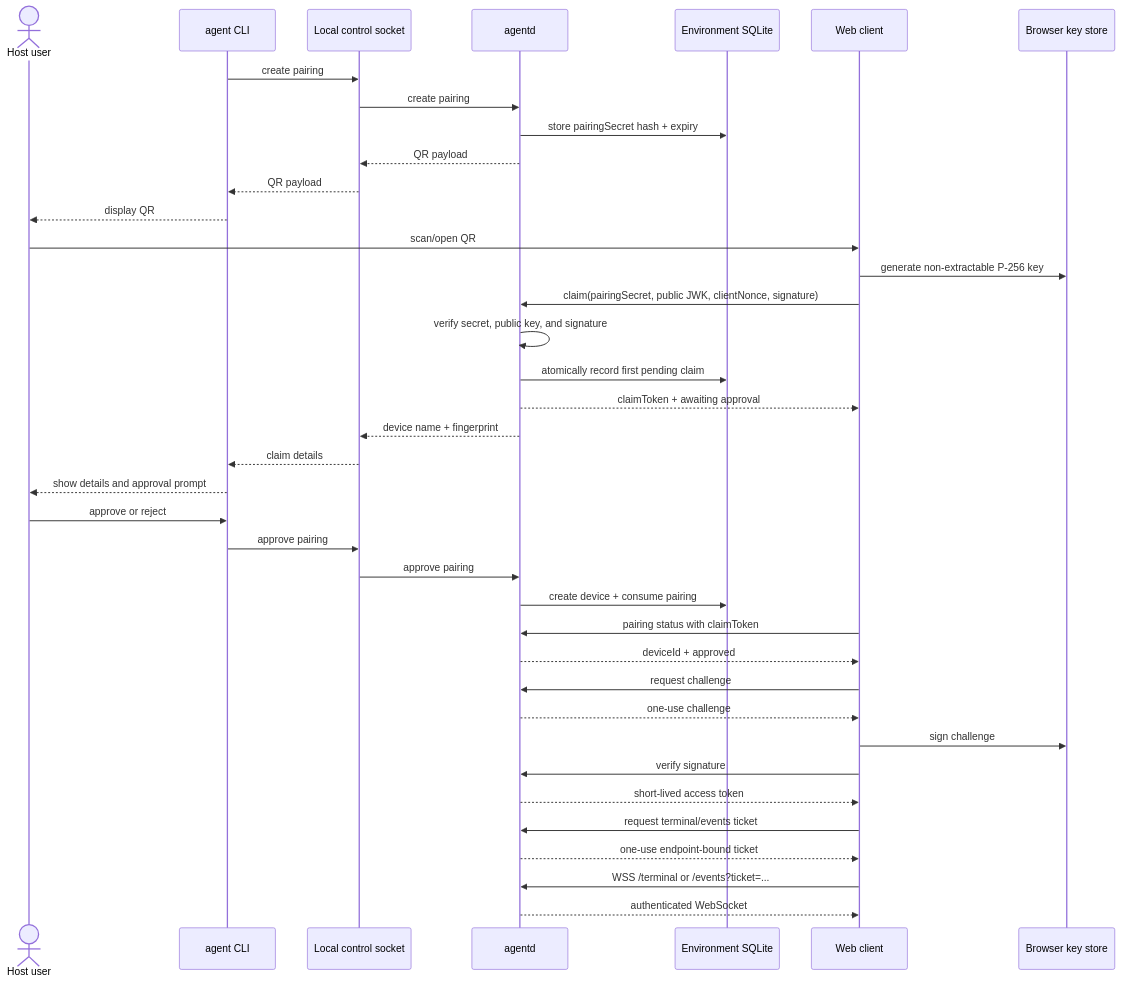
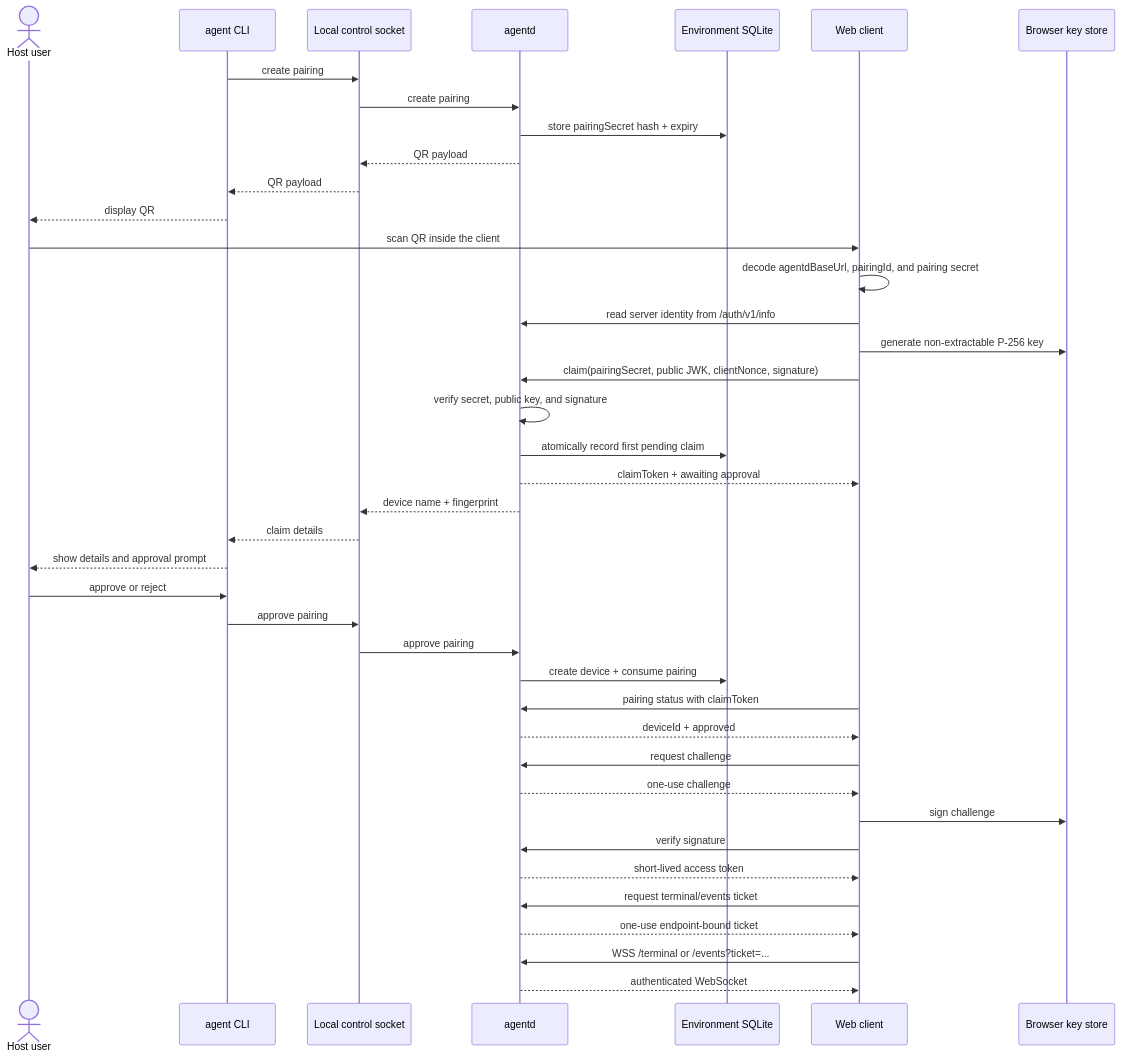
One commit to yoshizawa56/mobile-agent changed the diagram in docs/qr-pairing-authentication.md. Above: the diagram before and after it, drawn with Mermaid. The commit also changed other lines of this file and 59 other files, not shown here.

````diff
--- a/docs/qr-pairing-authentication.md
+++ b/docs/qr-pairing-authentication.md
@@ -153,44 +151,46 @@
 ```mermaid
 sequenceDiagram
     actor User as Host user
     participant CLI as agent CLI
     participant Control as Local control socket
     participant A as agentd
     participant DB as Environment SQLite
     participant W as Web client
     participant K as Browser key store
 
     CLI->>Control: create pairing
     Control->>A: create pairing
     A->>DB: store pairingSecret hash + expiry
     A-->>Control: QR payload
     Control-->>CLI: QR payload
     CLI-->>User: display QR
 
-    User->>W: scan/open QR
+    User->>W: scan QR inside the client
+    W->>W: decode agentdBaseUrl, pairingId, and pairing secret
+    W->>A: read server identity from /auth/v1/info
     W->>K: generate non-extractable P-256 key
     W->>A: claim(pairingSecret, public JWK, clientNonce, signature)
     A->>A: verify secret, public key, and signature
     A->>DB: atomically record first pending claim
     A-->>W: claimToken + awaiting approval
     A-->>Control: device name + fingerprint
     Control-->>CLI: claim details
     CLI-->>User: show details and approval prompt
     User->>CLI: approve or reject
     CLI->>Control: approve pairing
     Control->>A: approve pairing
     A->>DB: create device + consume pairing
 
     W->>A: pairing status with claimToken
     A-->>W: deviceId + approved
     W->>A: request challenge
     A-->>W: one-use challenge
     W->>K: sign challenge
     W->>A: verify signature
     A-->>W: short-lived access token
 
     W->>A: request terminal/events ticket
     A-->>W: one-use endpoint-bound ticket
     W->>A: WSS /terminal or /events?ticket=...
     A-->>W: authenticated WebSocket
 ```
````
